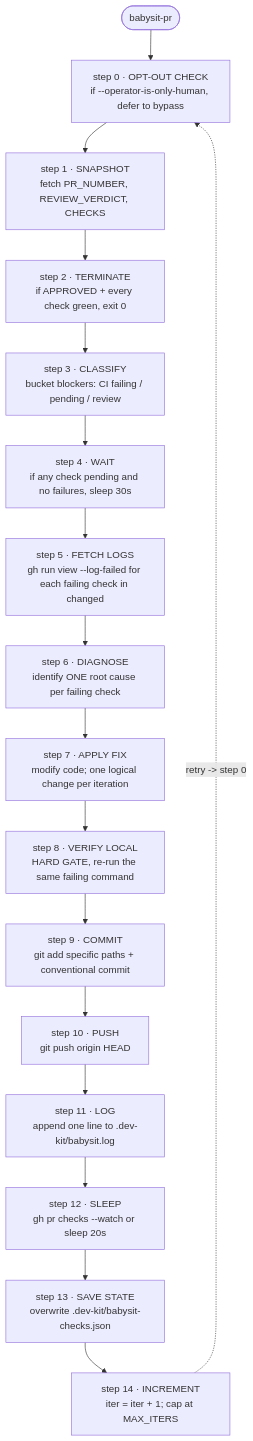
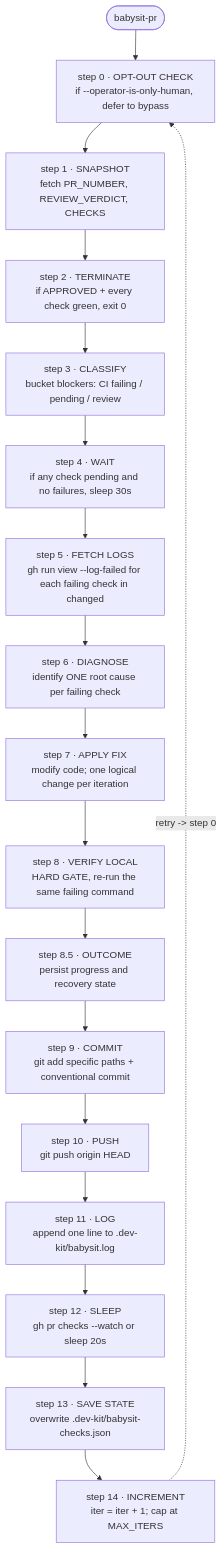
The fifth of 6 diagrams in README.md (mybotagent/dev-harness-kit), drawn with Mermaid before and after one commit. The commit also changed other lines of this file and 5 other files, not shown here.

Commit message:
docs: add babysit-pr architecture reference (#737)

````diff
--- a/README.md
+++ b/README.md
@@ -322,20 +331,21 @@
 ```mermaid
 flowchart TD
   bp([babysit-pr]) --> s0
   s0["step 0 · OPT-OUT CHECK<br/>if --operator-is-only-human, defer to bypass"] --> s1
   s1["step 1 · SNAPSHOT<br/>fetch PR_NUMBER, REVIEW_VERDICT, CHECKS"] --> s2
   s2["step 2 · TERMINATE<br/>if APPROVED + every check green, exit 0"] --> s3
   s3["step 3 · CLASSIFY<br/>bucket blockers: CI failing / pending / review"] --> s4
   s4["step 4 · WAIT<br/>if any check pending and no failures, sleep 30s"] --> s5
   s5["step 5 · FETCH LOGS<br/>gh run view --log-failed for each failing check in changed"] --> s6
   s6["step 6 · DIAGNOSE<br/>identify ONE root cause per failing check"] --> s7
   s7["step 7 · APPLY FIX<br/>modify code; one logical change per iteration"] --> s8
-  s8["step 8 · VERIFY LOCAL<br/>HARD GATE, re-run the same failing command"] --> s9
+  s8["step 8 · VERIFY LOCAL<br/>HARD GATE, re-run the same failing command"] --> s8o
+  s8o["step 8.5 · OUTCOME<br/>persist progress and recovery state"] --> s9
   s9["step 9 · COMMIT<br/>git add specific paths + conventional commit"] --> s10
   s10["step 10 · PUSH<br/>git push origin HEAD"] --> s11
   s11["step 11 · LOG<br/>append one line to .dev-kit/babysit.log"] --> s12
   s12["step 12 · SLEEP<br/>gh pr checks --watch or sleep 20s"] --> s13
   s13["step 13 · SAVE STATE<br/>overwrite .dev-kit/babysit-checks.json"] --> s14
   s14["step 14 · INCREMENT<br/>iter = iter + 1; cap at MAX_ITERS"]
   s14 -. retry -> step 0 .-> s0
 ```
````
